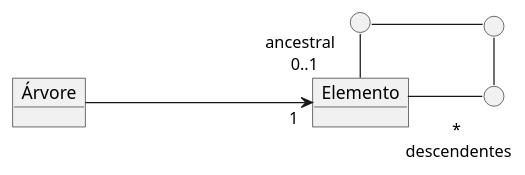
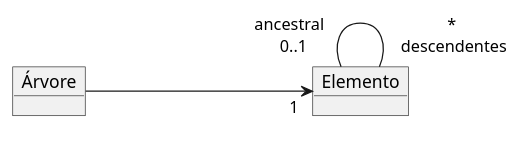
One commit to kyriosdata/oo changed the diagram in Imagens/modelos-04/mod04ima02/mod04ima02.plantuml. Above: the diagram before and after it, drawn with PlantUML. The commit also changed 19 other files, not shown here.

```diff
--- a/Imagens/modelos-04/mod04ima02/mod04ima02.plantuml
+++ b/Imagens/modelos-04/mod04ima02/mod04ima02.plantuml
@@ -1,14 +1,8 @@
 @startuml mod04ima02 
-skinparam linetype ortho
 object "Árvore" as ar 
 object "Elemento" as el 
-circle " " as p1
-circle " " as p2
-circle " " as p3
+
 left to right direction
 ar ----> "1 \n" el  
-el "ancestral \n 0..1"-left- p1
-p1 -down- p2
-p2 -right- p3
-p3 -up-" * \n descendentes" el
+el "ancestral \n 0..1"--- " * \n descendentes" el
 @enduml
```
